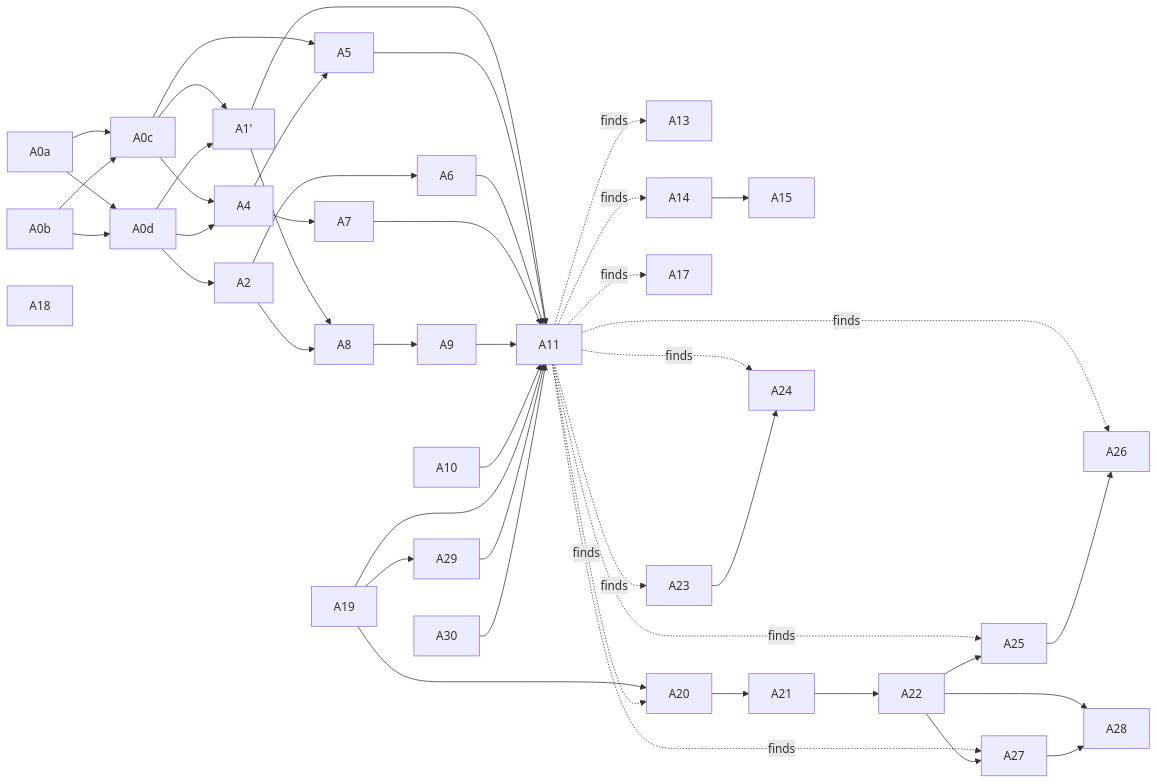
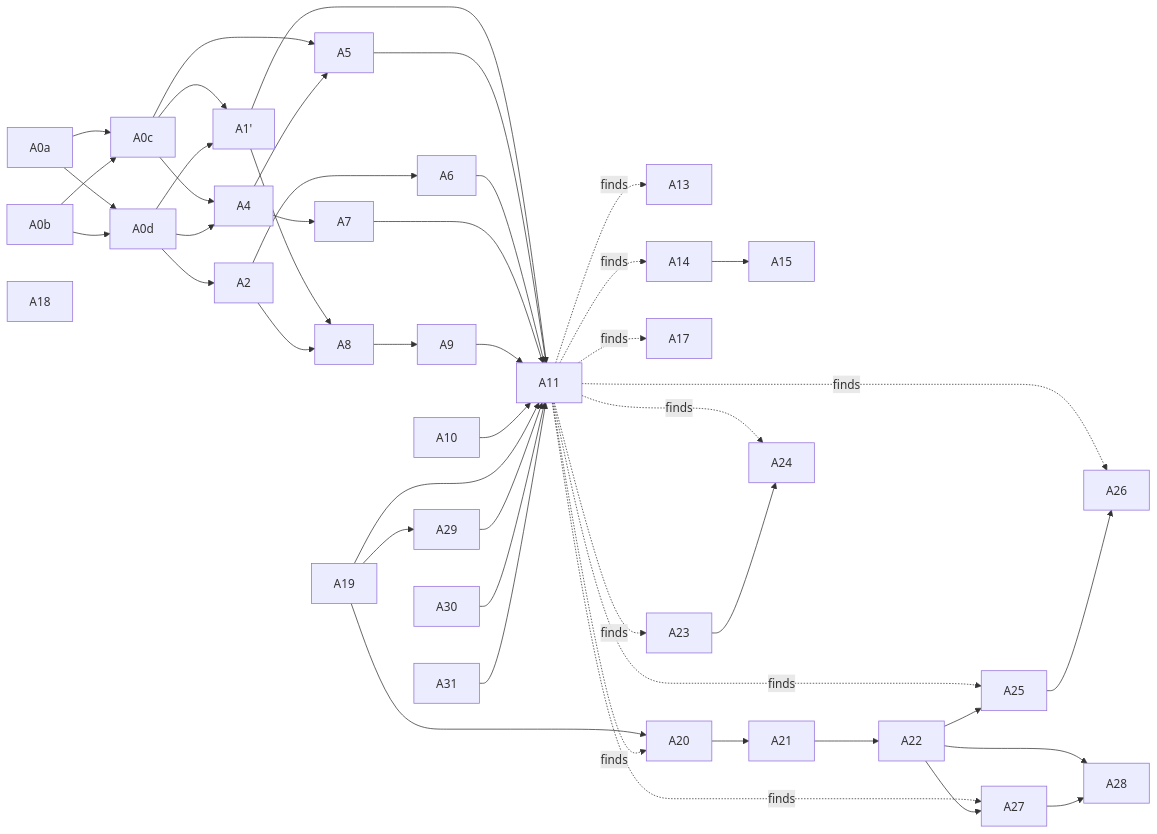
Before and after one commit to Rainnystone/larkent: the diagram in docs/specs/automations/tickets/README.md, drawn with Mermaid. The commit also changed other lines of this file and 2 other files, not shown here.

````diff
--- a/docs/specs/automations/tickets/README.md
+++ b/docs/specs/automations/tickets/README.md
@@ -64,45 +66,46 @@
 ```mermaid
 graph LR
   A0a --> A0c
   A0b --> A0c
   A0a --> A0d
   A0b --> A0d
   A0c --> A1p["A1'"]
   A0d --> A1p
   A0d --> A2
   A0c --> A4
   A0d --> A4
   A0c --> A5
   A4 --> A5
   A2 --> A6
   A4 --> A7
   A1p --> A8
   A2 --> A8
   A8 --> A9
   A10
   A1p & A5 & A6 & A7 & A9 & A10 --> A11
   A11 -.finds.-> A13
   A11 -.finds.-> A14
   A14 --> A15
   A11 -.finds.-> A17
   A18
   A19 --> A11
   A19 --> A20
   A11 -.finds.-> A20
   A20 --> A21
   A21 --> A22
   A11 -.finds.-> A23
   A11 -.finds.-> A24
   A11 -.finds.-> A25
   A11 -.finds.-> A26
   A11 -.finds.-> A27
   A23 --> A24
   A22 --> A25
   A25 --> A26
   A22 --> A27
   A22 --> A28
   A27 --> A28
   A19 --> A29
   A29 --> A11
   A30 --> A11
+  A31 --> A11
 ```
````
